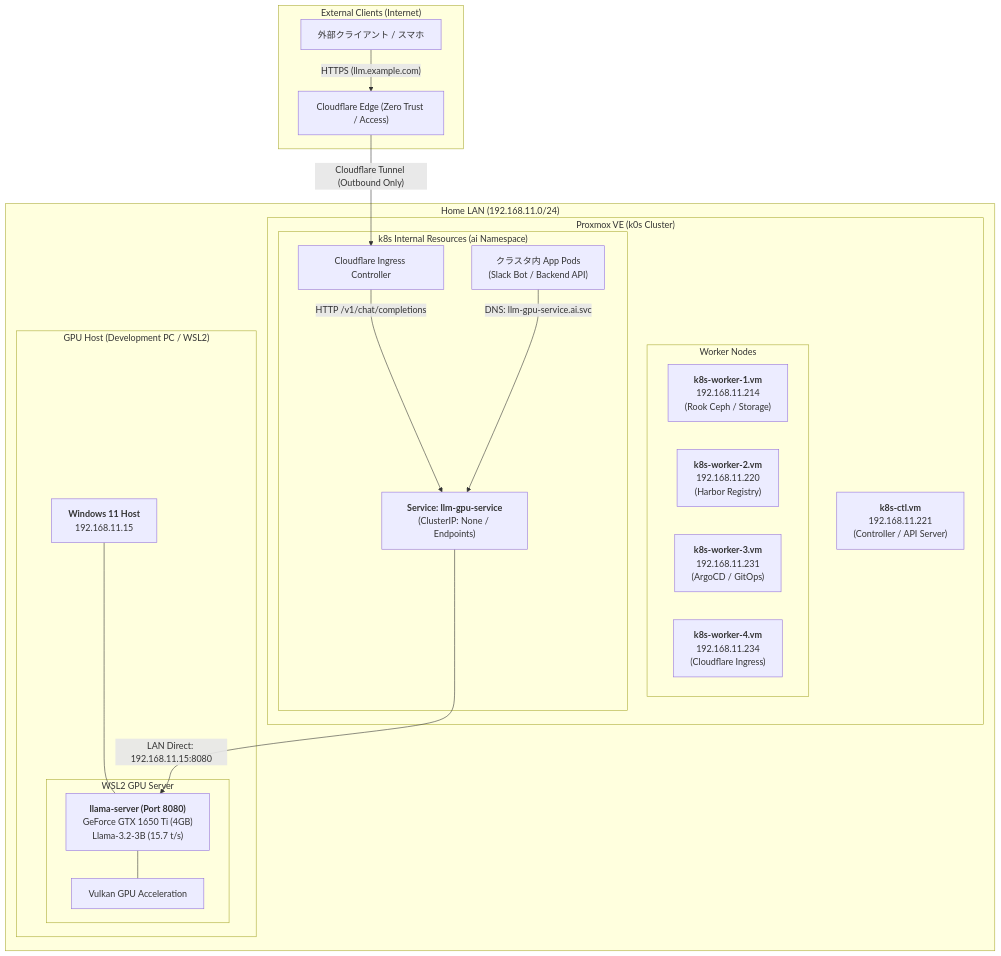
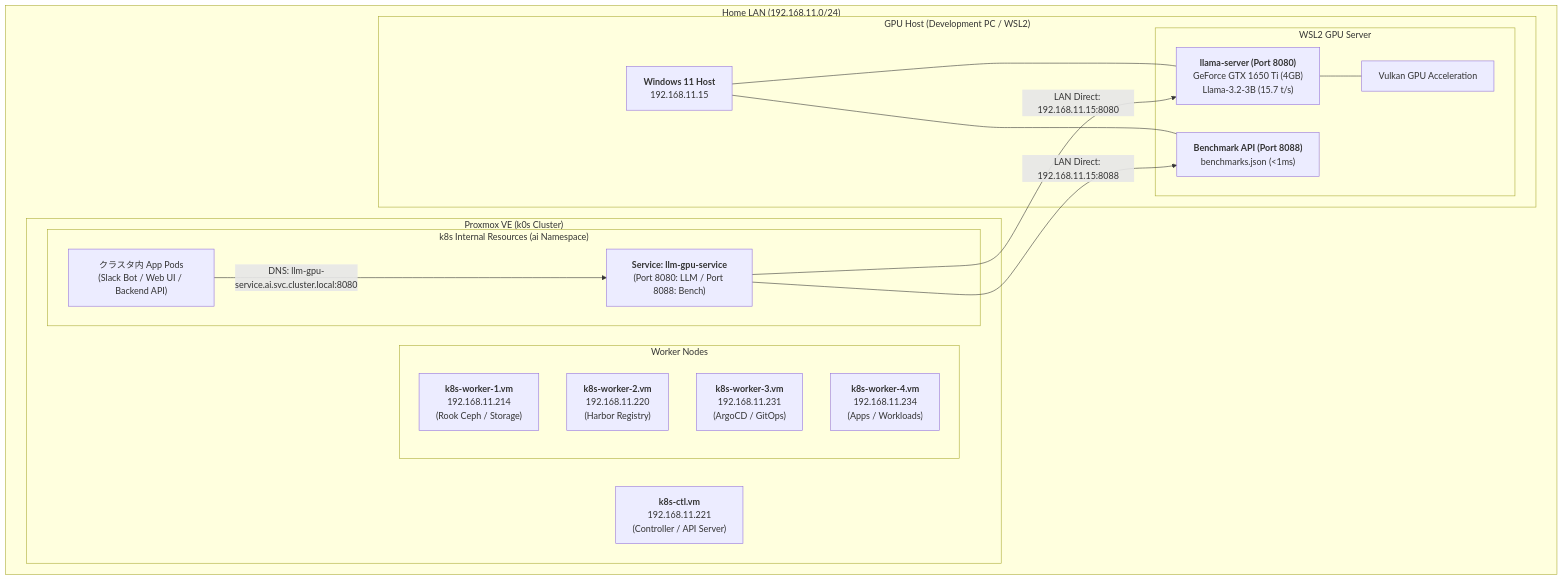
Before and after one commit to AobaIwaki123/ai-workspace: the diagram in wsl-server/note/14_homelab_cluster_gpu_resource_integration_architecture.md, drawn with Mermaid. The commit also changed other lines of this file, not shown here.

Commit message:
refactor(wsl-server): note/14の設計書をクラスタ内専用(Internal-Only)構成に純化

````diff
--- a/wsl-server/note/14_homelab_cluster_gpu_resource_integration_architecture.md
+++ b/wsl-server/note/14_homelab_cluster_gpu_resource_integration_architecture.md
@@ -11,42 +12,36 @@
 ```mermaid
 graph TD
-    subgraph "External Clients (Internet)"
-        ExtUser["外部クライアント / スマホ"]
-        CFEdge["Cloudflare Edge (Zero Trust / Access)"]
-        ExtUser -->|"HTTPS (llm.example.com)"| CFEdge
-    end
-
     subgraph "Home LAN (192.168.11.0/24)"
         subgraph "Proxmox VE (k0s Cluster)"
             K8sCtl["<b>k8s-ctl.vm</b><br>192.168.11.221<br>(Controller / API Server)"]
             
             subgraph "Worker Nodes"
                 Worker1["<b>k8s-worker-1.vm</b><br>192.168.11.214<br>(Rook Ceph / Storage)"]
                 Worker2["<b>k8s-worker-2.vm</b><br>192.168.11.220<br>(Harbor Registry)"]
                 Worker3["<b>k8s-worker-3.vm</b><br>192.168.11.231<br>(ArgoCD / GitOps)"]
-                Worker4["<b>k8s-worker-4.vm</b><br>192.168.11.234<br>(Cloudflare Ingress)"]
+                Worker4["<b>k8s-worker-4.vm</b><br>192.168.11.234<br>(Apps / Workloads)"]
             end
 
             subgraph "k8s Internal Resources (ai Namespace)"
-                CF_Ingress["Cloudflare Ingress Controller"]
-                K8s_SVC["<b>Service: llm-gpu-service</b><br>(ClusterIP: None / Endpoints)"]
-                App_Pods["クラスタ内 App Pods<br>(Slack Bot / Backend API)"]
+                K8s_SVC["<b>Service: llm-gpu-service</b><br>(Port 8080: LLM / Port 8088: Bench)"]
+                App_Pods["クラスタ内 App Pods<br>(Slack Bot / Web UI / Backend API)"]
             end
         end
 
         subgraph "GPU Host (Development PC / WSL2)"
             WSL_Host["<b>Windows 11 Host</b><br>192.168.11.15"]
             subgraph "WSL2 GPU Server"
                 LLAMA_SRV["<b>llama-server (Port 8080)</b><br>GeForce GTX 1650 Ti (4GB)<br>Llama-3.2-3B (15.7 t/s)"]
+                BENCH_API["<b>Benchmark API (Port 8088)</b><br>benchmarks.json (<1ms)"]
                 VULKAN["Vulkan GPU Acceleration"]
                 LLAMA_SRV --- VULKAN
             end
             WSL_Host --- LLAMA_SRV
+            WSL_Host --- BENCH_API
         end
     end
 
-    CFEdge -->|"Cloudflare Tunnel (Outbound Only)"| CF_Ingress
-    CF_Ingress -->|"HTTP /v1/chat/completions"| K8s_SVC
-    App_Pods -->|"DNS: llm-gpu-service.ai.svc"| K8s_SVC
+    App_Pods -->|"DNS: llm-gpu-service.ai.svc.cluster.local:8080"| K8s_SVC
     K8s_SVC -->|"LAN Direct: 192.168.11.15:8080"| LLAMA_SRV
+    K8s_SVC -->|"LAN Direct: 192.168.11.15:8088"| BENCH_API
 ```
````
